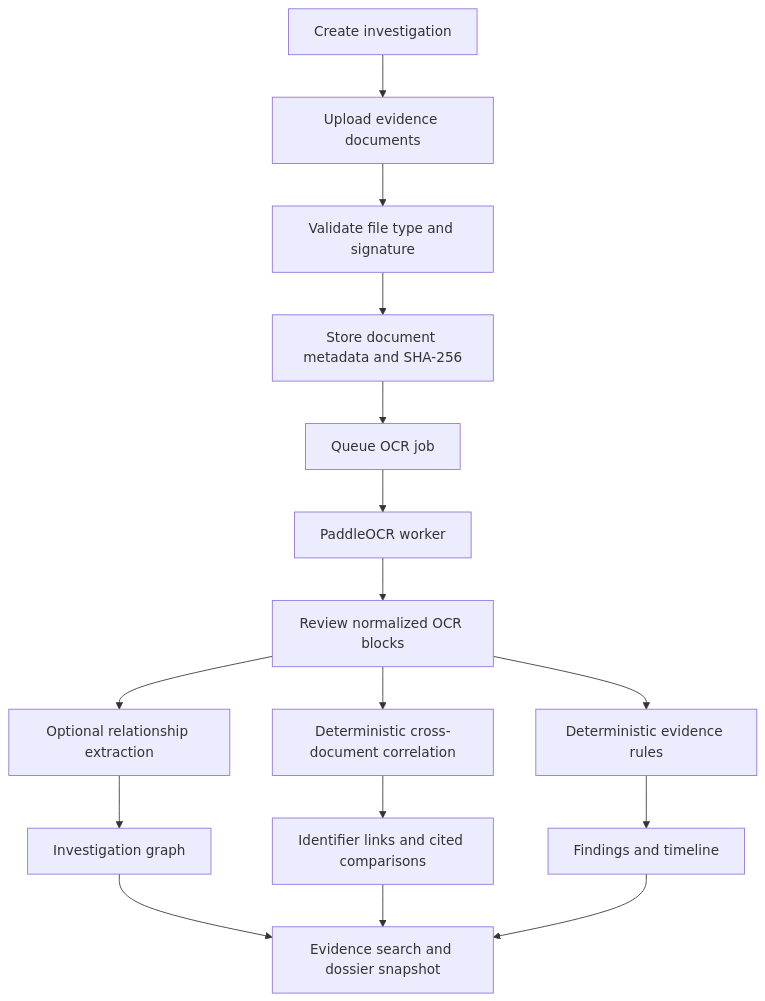
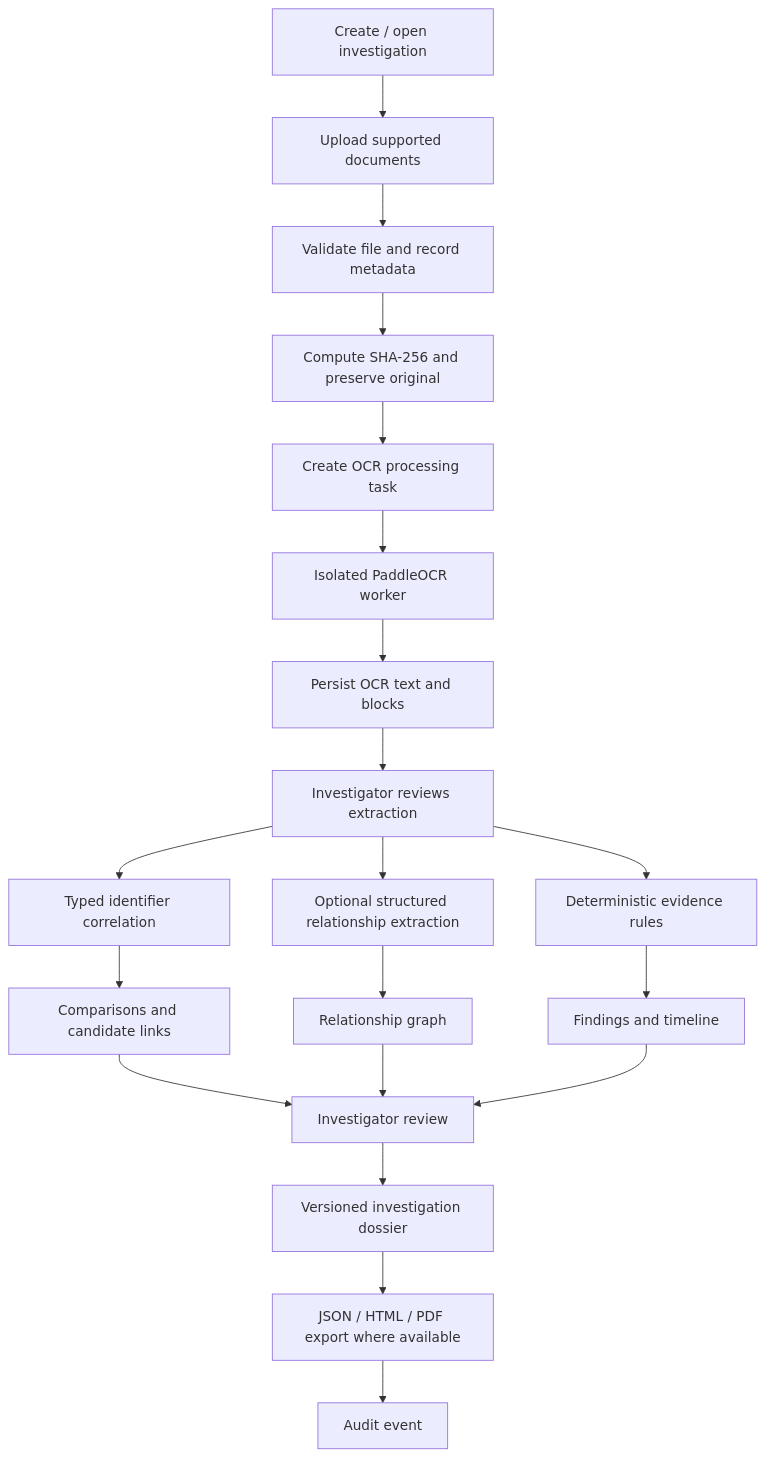
One commit to ThePranish03/AI-Powered-Document-Forensics-and-Contextual-Intelligence-System changed the second of 3 diagrams in README.md. Above: the diagram before and after it, drawn with Mermaid. The commit also changed other lines of this file, not shown here.

Commit message:
docs: expand README with complete project and architecture guide

````diff
--- a/README.md
+++ b/README.md
@@ -38,18 +237,22 @@
 ```mermaid
 flowchart TD
-    A[Create investigation] --> B[Upload evidence documents]
-    B --> C[Validate file type and signature]
-    C --> D[Store document metadata and SHA-256]
-    D --> E[Queue OCR job]
-    E --> F[PaddleOCR worker]
-    F --> G[Review normalized OCR blocks]
-    G --> H[Optional relationship extraction]
-    G --> I[Deterministic cross-document correlation]
-    G --> J[Deterministic evidence rules]
-    H --> K[Investigation graph]
-    I --> L[Identifier links and cited comparisons]
-    J --> M[Findings and timeline]
-    K --> N[Evidence search and dossier snapshot]
-    L --> N
-    M --> N
+    A[Create / open investigation] --> B[Upload supported documents]
+    B --> C[Validate file and record metadata]
+    C --> D[Compute SHA-256 and preserve original]
+    D --> E[Create OCR processing task]
+    E --> F[Isolated PaddleOCR worker]
+    F --> G[Persist OCR text and blocks]
+    G --> H[Investigator reviews extraction]
+    H --> I[Typed identifier correlation]
+    H --> J[Optional structured relationship extraction]
+    H --> K[Deterministic evidence rules]
+    I --> L[Comparisons and candidate links]
+    J --> M[Relationship graph]
+    K --> N[Findings and timeline]
+    L --> O[Investigator review]
+    M --> O
+    N --> O
+    O --> P[Versioned investigation dossier]
+    P --> Q[JSON / HTML / PDF export where available]
+    Q --> R[Audit event]
 ```
````
